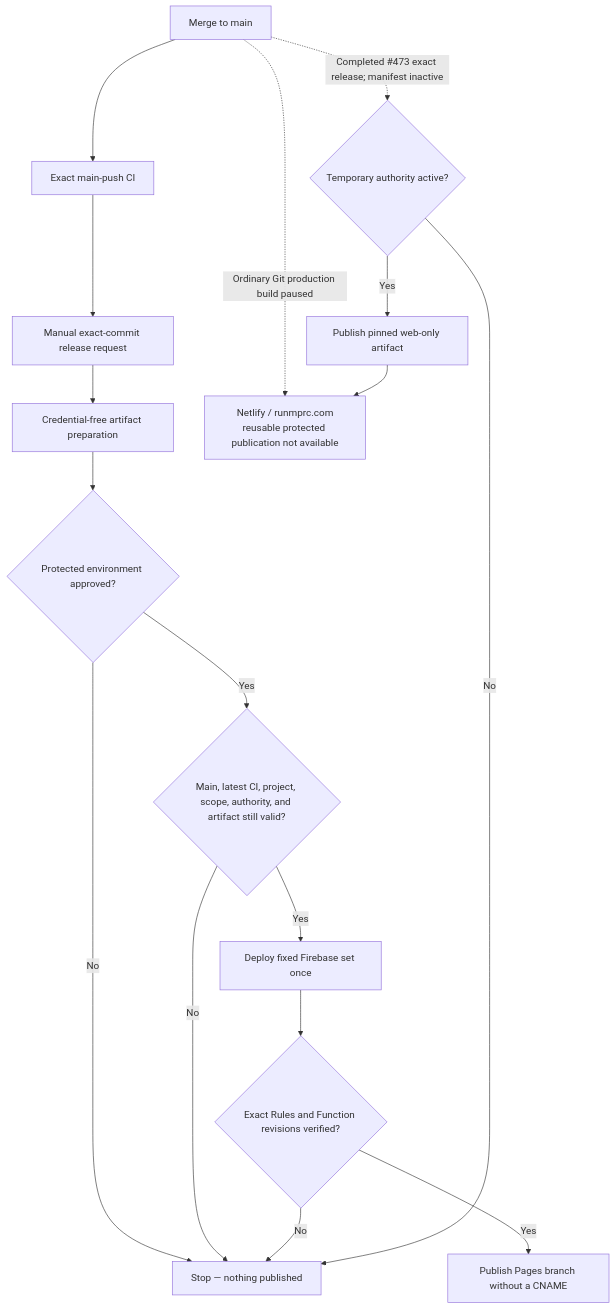
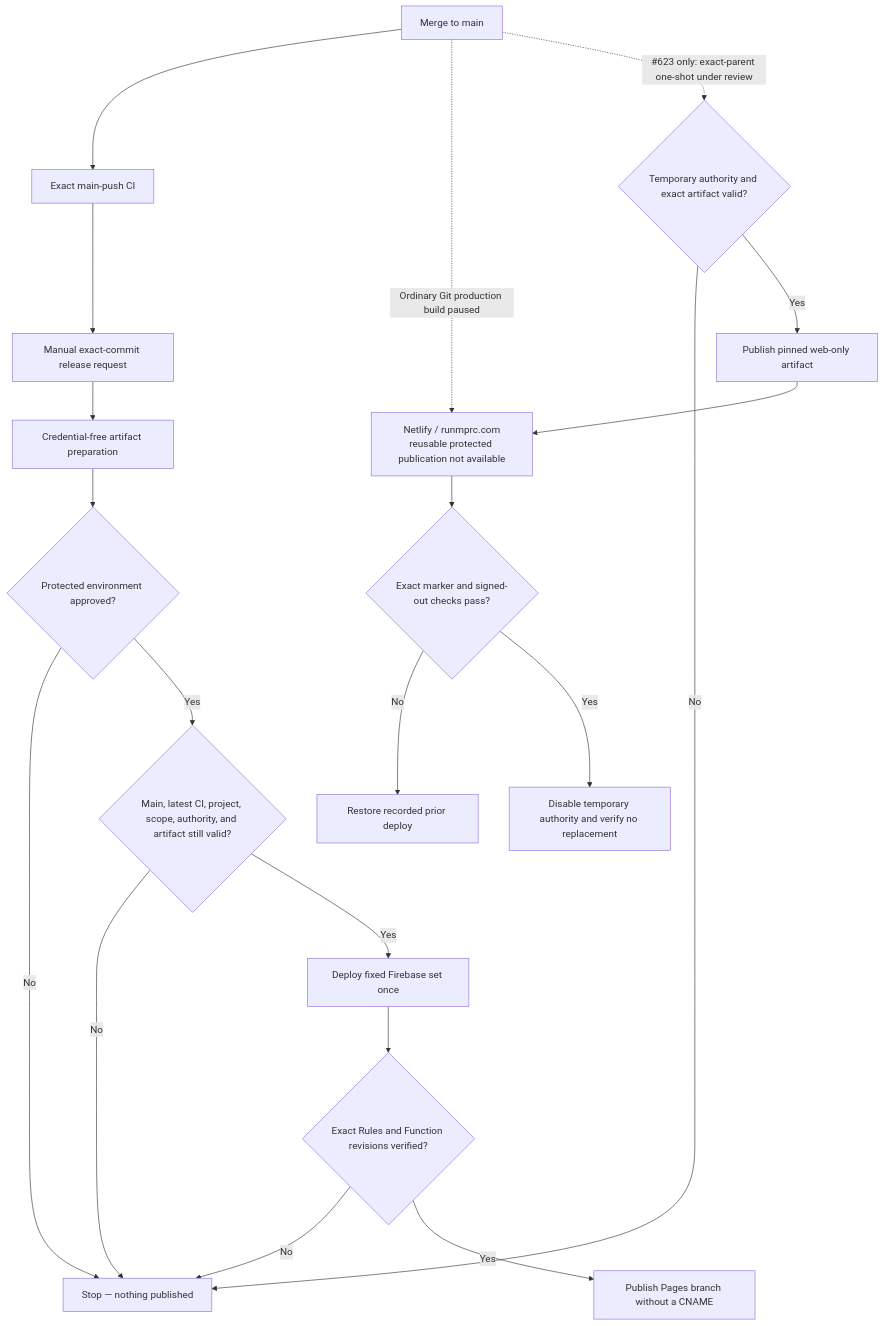
One commit to Run-MPRC/Run-MPRC.github.io changed the second of 52 diagrams in SYSTEM_DESIGN.md. Above: the diagram before and after it, drawn with Mermaid. The commit also changed other lines of this file and 10 other files, not shown here.

````diff
--- a/SYSTEM_DESIGN.md
+++ b/SYSTEM_DESIGN.md
@@ -96,19 +98,22 @@
 ```mermaid
 flowchart TD
     Merge["Merge to main"] --> CI["Exact main-push CI"]
     CI --> Request["Manual exact-commit release request"]
     Request --> Prepare["Credential-free artifact preparation"]
     Prepare --> Approval{"Protected environment approved?"}
     Approval -- "No" --> Stop["Stop — nothing published"]
     Approval -- "Yes" --> Recheck{"Main, latest CI, project, scope, authority, and artifact still valid?"}
     Recheck -- "No" --> Stop
     Recheck -- "Yes" --> Backend["Deploy fixed Firebase set once"]
     Backend --> Verify{"Exact Rules and Function revisions verified?"}
     Verify -- "No" --> Stop
     Verify -- "Yes" --> Pages["Publish Pages branch without a CNAME"]
     Merge -. "Ordinary Git production build paused" .-> Netlify["Netlify / runmprc.com\nreusable protected publication not available"]
-    Merge -. "Completed #473 exact release; manifest inactive" .-> WebGate{"Temporary authority active?"}
+    Merge -. "#623 only: exact-parent one-shot under review" .-> WebGate{"Temporary authority and exact artifact valid?"}
     WebGate -- "No" --> Stop
     WebGate -- "Yes" --> WebOnly["Publish pinned web-only artifact"]
     WebOnly --> Netlify
+    Netlify --> WebReadback{"Exact marker and signed-out checks pass?"}
+    WebReadback -- "No" --> WebRollback["Restore recorded prior deploy"]
+    WebReadback -- "Yes" --> WebRepause["Disable temporary authority and verify no replacement"]
 ```
````
